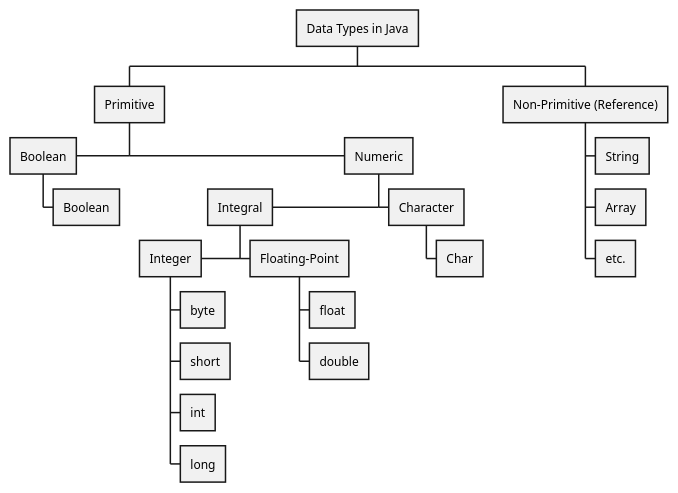
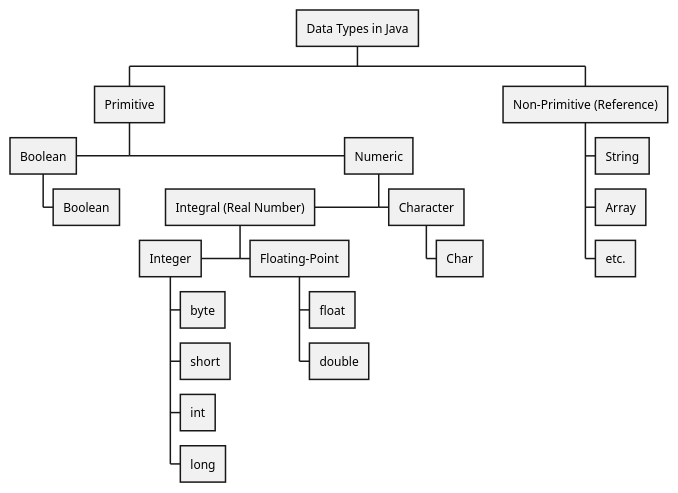
One commit to yasenstar/java changed the diagram in Java_Prog_Basic/03_Java-Basic/3.1_data-type/Java_Data_Type.puml. Above: the diagram before and after it, drawn with PlantUML. The commit also changed 1 other file, not shown here.

```diff
--- a/Java_Prog_Basic/03_Java-Basic/3.1_data-type/Java_Data_Type.puml
+++ b/Java_Prog_Basic/03_Java-Basic/3.1_data-type/Java_Data_Type.puml
@@ -1,22 +1,22 @@
 @startwbs
 * Data Types in Java
 ** Primitive
 *** Numeric
-****< Integral
+****< Integral (Real Number)
 *****< Integer
 ****** byte
 ****** short
 ****** int
 ****** long
 ***** Floating-Point
 ****** float
 ****** double
 **** Character
 ***** Char
 ***< Boolean
 **** Boolean
 ** Non-Primitive (Reference)
 *** String
 *** Array
 *** etc.
 @endwbs
```
